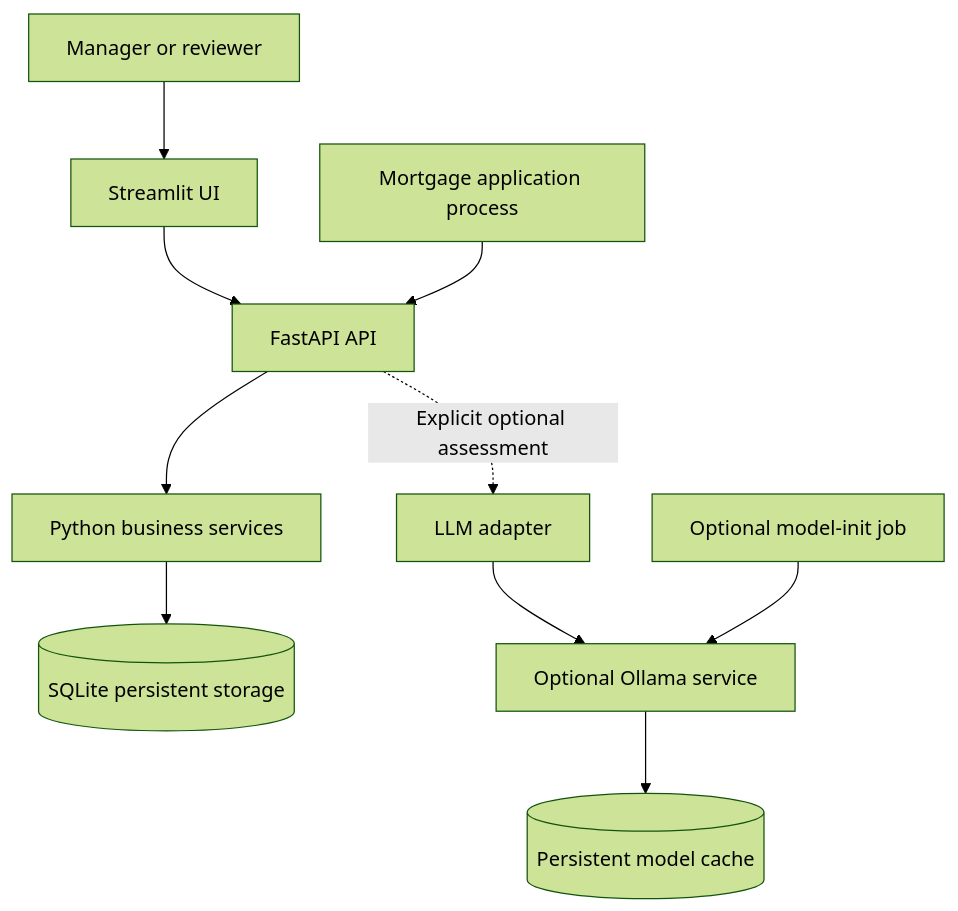
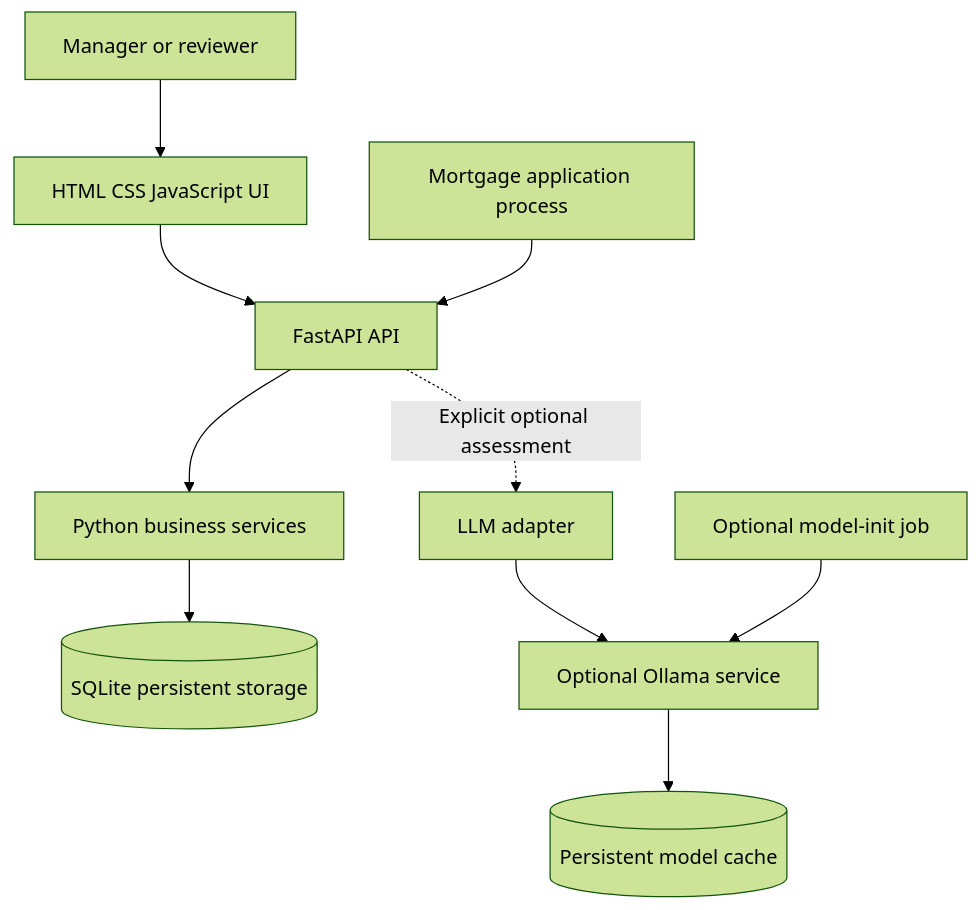
One commit to spolovynko/mortgage-pricing-exception-service changed the diagram in docs/architecture.md. Above: the diagram before and after it, drawn with Mermaid (forest theme). The commit also changed other lines of this file and 36 other files, not shown here.

````diff
--- a/docs/architecture.md
+++ b/docs/architecture.md
@@ -9,12 +11,12 @@
 ```mermaid
 flowchart TD
-    Person[Manager or reviewer] --> UI[Streamlit UI]
+    Person[Manager or reviewer] --> UI[HTML CSS JavaScript UI]
     UI --> API[FastAPI API]
     Mortgage[Mortgage application process] --> API
     API --> Rules[Python business services]
     Rules --> DB[(SQLite persistent storage)]
     API -. Explicit optional assessment .-> AI[LLM adapter]
     AI --> Ollama[Optional Ollama service]
     Init[Optional model-init job] --> Ollama
     Ollama --> Models[(Persistent model cache)]
 ```
````
